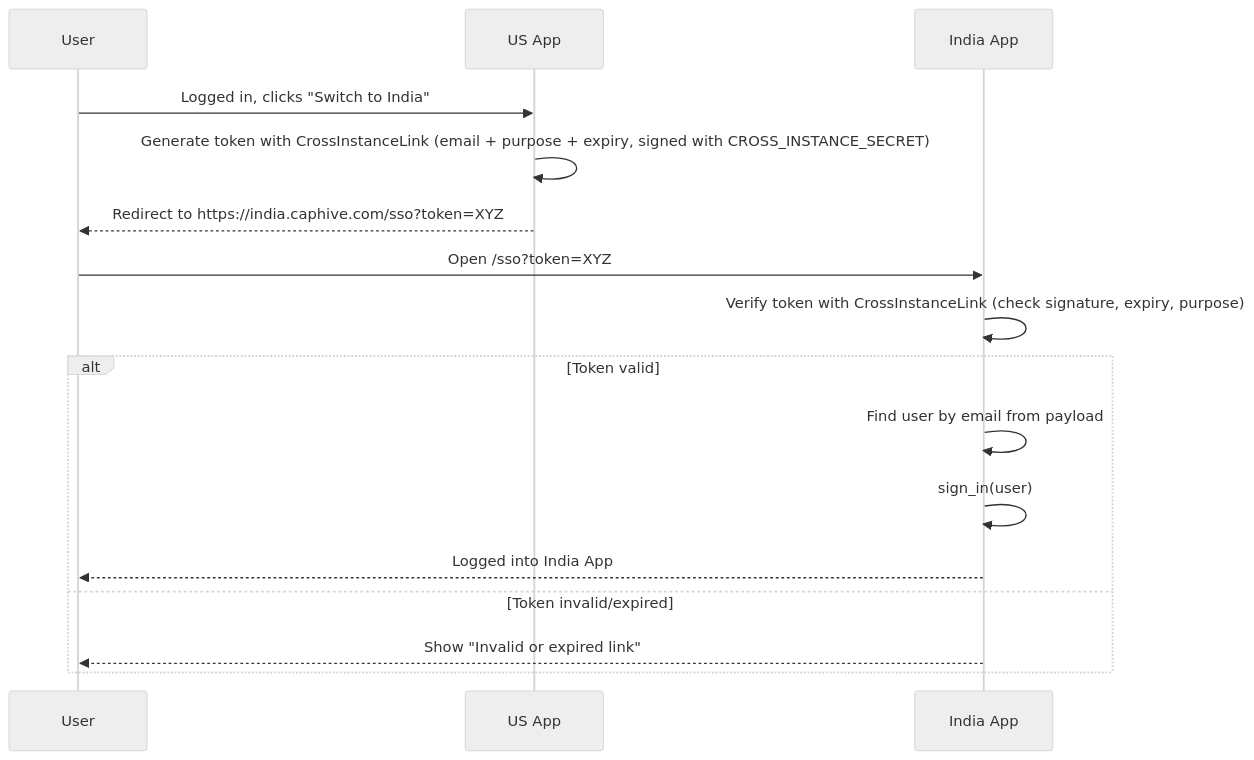
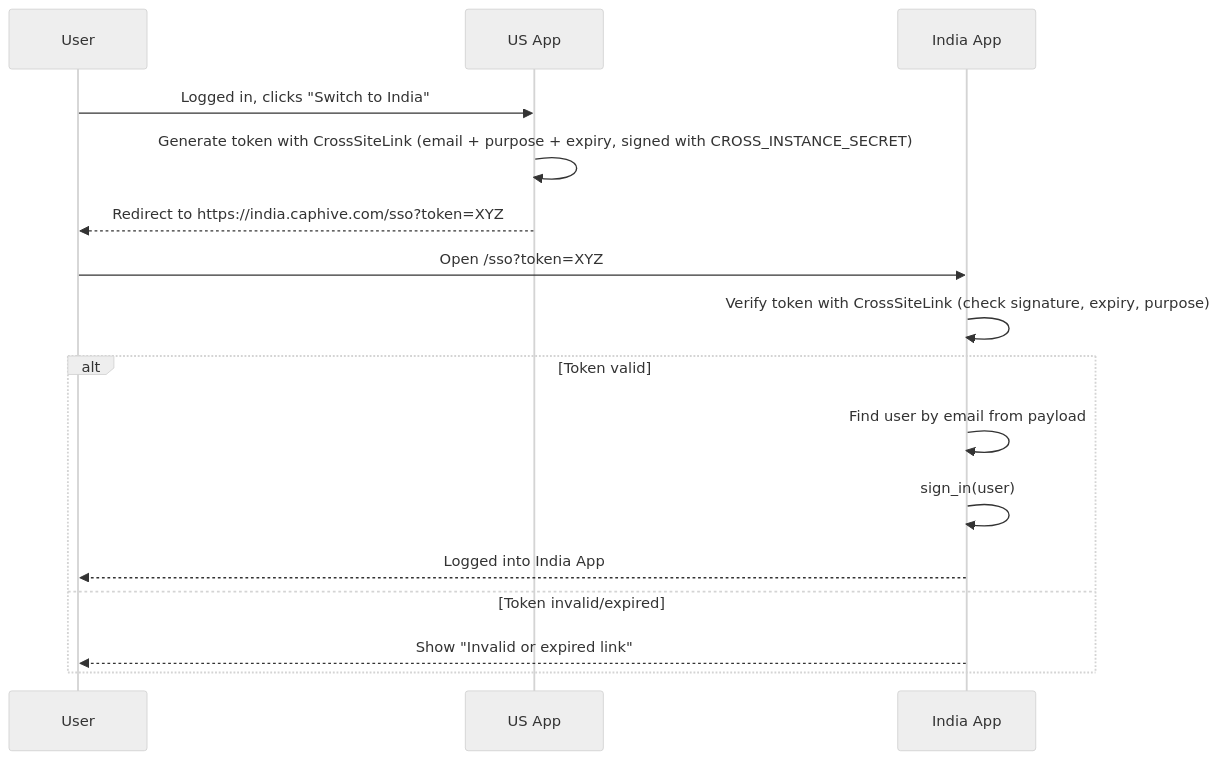
The first of 2 diagrams in app/packs/core/users/services/cross_instance_login.md (sampadadiwan/IRM_CompanyMain), drawn with Mermaid (neutral theme) before and after one commit. The commit also changed other lines of this file and 62 other files, not shown here.

````diff
--- a/app/packs/core/users/services/cross_instance_login.md
+++ b/app/packs/core/users/services/cross_instance_login.md
@@ -248,19 +248,19 @@
 ```mermaid
 sequenceDiagram
     participant User
     participant US_App as US App
     participant India_App as India App
 
     User->>US_App: Logged in, clicks "Switch to India"
-    US_App->>US_App: Generate token with CrossInstanceLink (email + purpose + expiry, signed with CROSS_INSTANCE_SECRET)
+    US_App->>US_App: Generate token with CrossSiteLink (email + purpose + expiry, signed with CROSS_INSTANCE_SECRET)
     US_App-->>User: Redirect to https://india.caphive.com/sso?token=XYZ
     User->>India_App: Open /sso?token=XYZ
-    India_App->>India_App: Verify token with CrossInstanceLink (check signature, expiry, purpose)
+    India_App->>India_App: Verify token with CrossSiteLink (check signature, expiry, purpose)
     alt Token valid
         India_App->>India_App: Find user by email from payload
         India_App->>India_App: sign_in(user)
         India_App-->>User: Logged into India App
     else Token invalid/expired
         India_App-->>User: Show "Invalid or expired link"
     end
   ```
````
